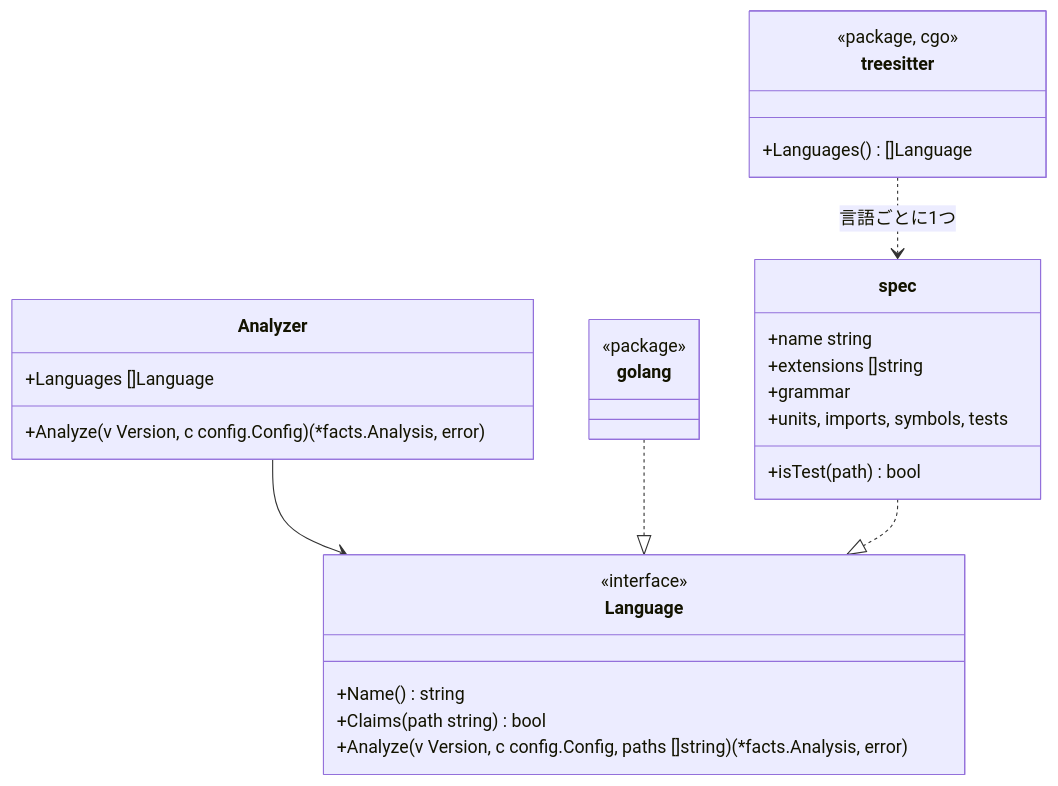
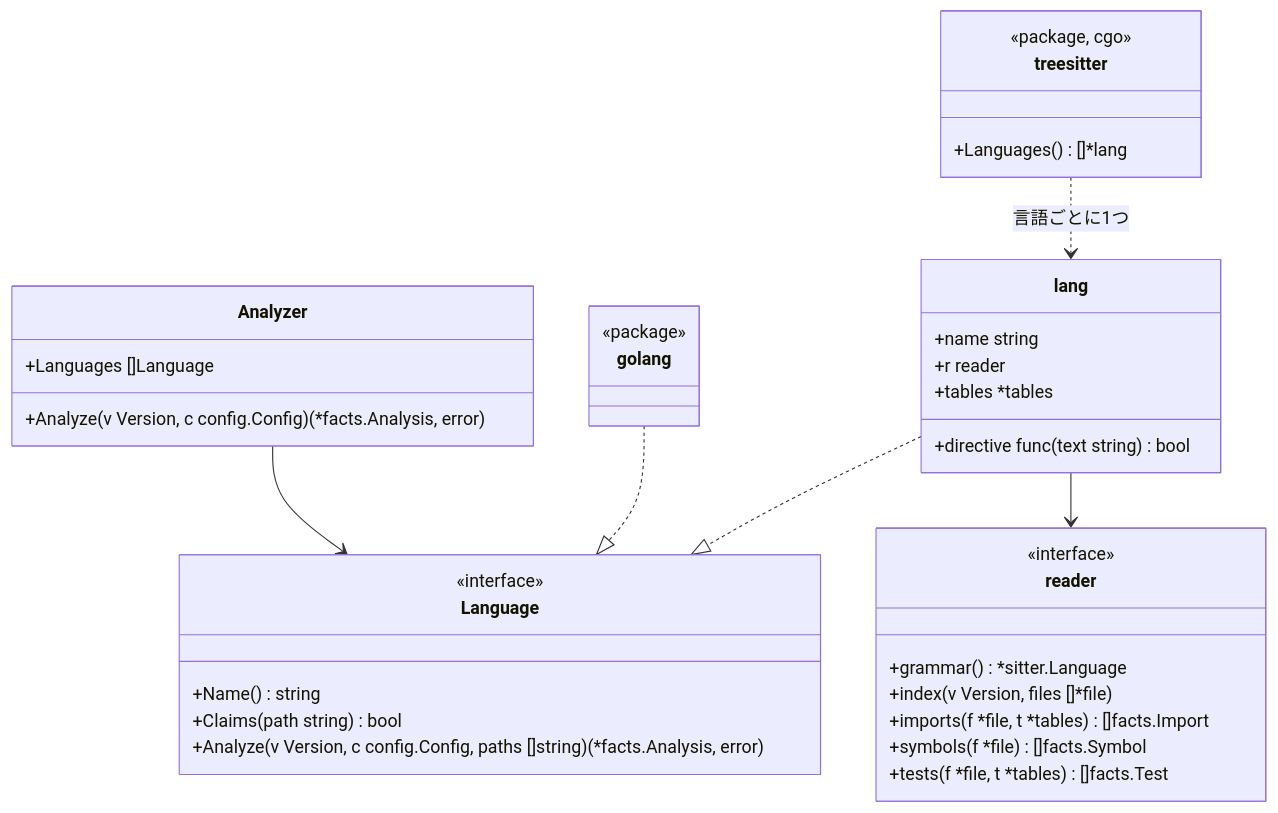
Before and after one commit to rerorets/hadome: the diagram in docs/design/adapters-treesitter.ja.md, drawn with Mermaid. The commit also changed other lines of this file and 25 other files, not shown here.

````diff
--- a/docs/design/adapters-treesitter.ja.md
+++ b/docs/design/adapters-treesitter.ja.md
@@ -7,31 +7,39 @@
 ```mermaid
 classDiagram
   class Analyzer {
     +Languages []Language
     +Analyze(v Version, c config.Config) (*facts.Analysis, error)
   }
   class Language {
     <<interface>>
     +Name() string
     +Claims(path string) bool
     +Analyze(v Version, c config.Config, paths []string) (*facts.Analysis, error)
   }
   class golang {
     <<package>>
   }
   class treesitter {
     <<package, cgo>>
-    +Languages() []Language
+    +Languages() []*lang
   }
-  class spec {
+  class lang {
     +name string
-    +extensions []string
-    +grammar
-    +isTest(path) bool
-    +units, imports, symbols, tests
+    +r reader
+    +tables *tables
+    +directive func(text string) bool
+  }
+  class reader {
+    <<interface>>
+    +grammar() *sitter.Language
+    +index(v Version, files []*file)
+    +imports(f *file, t *tables) []facts.Import
+    +symbols(f *file) []facts.Symbol
+    +tests(f *file, t *tables) []facts.Test
   }
   Analyzer --> Language
   golang ..|> Language
-  treesitter ..> spec : 言語ごとに1つ
-  spec ..|> Language
+  treesitter ..> lang : 言語ごとに1つ
+  lang ..|> Language
+  lang --> reader
 ```
````
